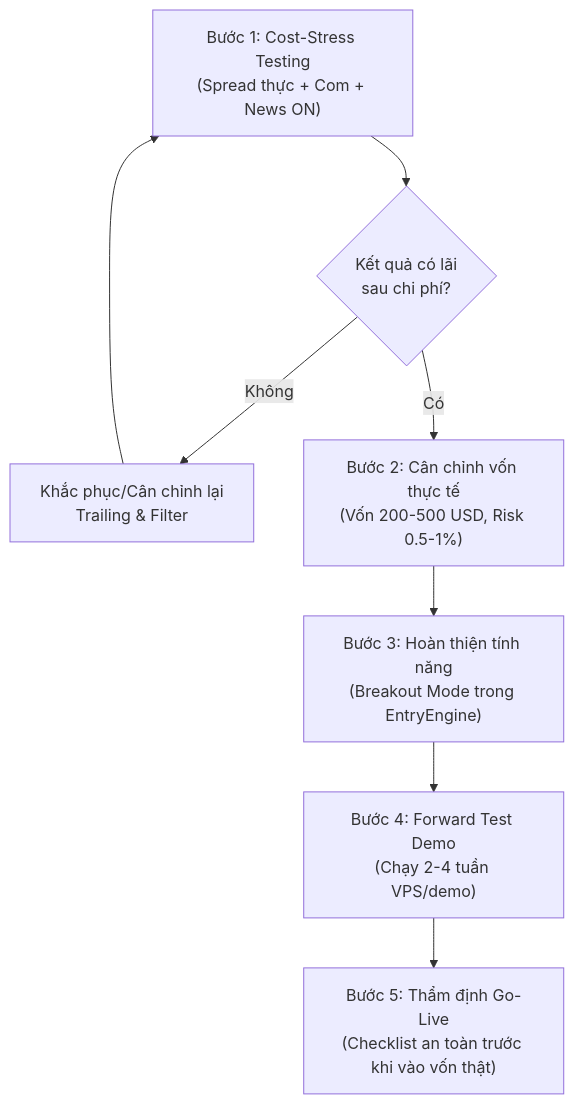
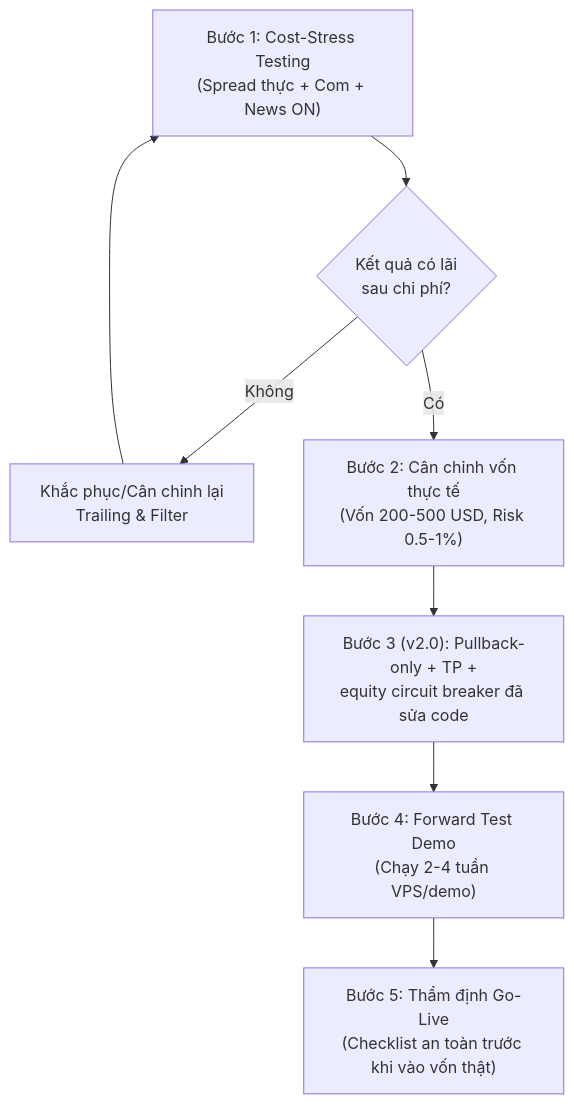
Before and after one commit to tuanmjnh/TM-EA: the diagram in docs/MASTER.md, drawn with Mermaid. The commit also changed other lines of this file and 174 other files, not shown here.

````diff
--- a/docs/MASTER.md
+++ b/docs/MASTER.md
@@ -191,10 +221,10 @@
 ```mermaid
 flowchart TD
     S1["Bước 1: Cost-Stress Testing<br>(Spread thực + Com + News ON)"] --> S2{"Kết quả có lãi<br>sau chi phí?"}
     S2 -- "Không" --> S1_Fix["Khắc phục/Cân chỉnh lại<br>Trailing & Filter"]
     S1_Fix --> S1
     S2 -- "Có" --> S3["Bước 2: Cân chỉnh vốn thực tế<br>(Vốn 200-500 USD, Risk 0.5-1%)"]
-    S3 --> S4["Bước 3: Hoàn thiện tính năng<br>(Breakout Mode trong EntryEngine)"]
+    S3 --> S4["Bước 3 (v2.0): Pullback-only + TP +<br>equity circuit breaker đã sửa code"]
     S4 --> S5["Bước 4: Forward Test Demo<br>(Chạy 2-4 tuần VPS/demo)"]
     S5 --> S6["Bước 5: Thẩm định Go-Live<br>(Checklist an toàn trước khi vào vốn thật)"]
 ```
````
